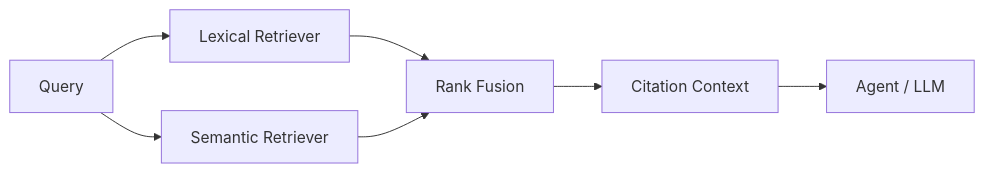
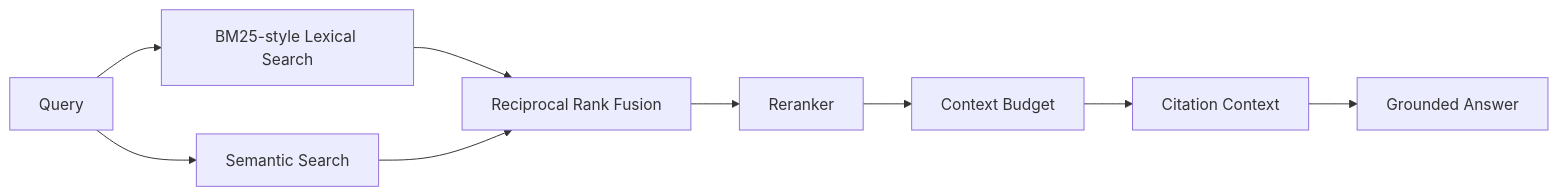
Before and after one commit to maharshimak/maharshimak: the diagram in portfolio-projects/agentic-rag-engine/README.md, drawn with Mermaid. The commit also changed other lines of this file, not shown here.

````diff
--- a/portfolio-projects/agentic-rag-engine/README.md
+++ b/portfolio-projects/agentic-rag-engine/README.md
@@ -17,9 +9,11 @@
 ```mermaid
 flowchart LR
-Q[Query] --> L[Lexical Retriever]
-Q --> S[Semantic Retriever]
-L --> F[Rank Fusion]
+Q[Query] --> L[BM25-style Lexical Search]
+Q --> S[Semantic Search]
+L --> F[Reciprocal Rank Fusion]
 S --> F
-F --> C[Citation Context]
-C --> A[Agent / LLM]
+F --> R[Reranker]
+R --> B[Context Budget]
+B --> C[Citation Context]
+C --> G[Grounded Answer]
 ```
````
